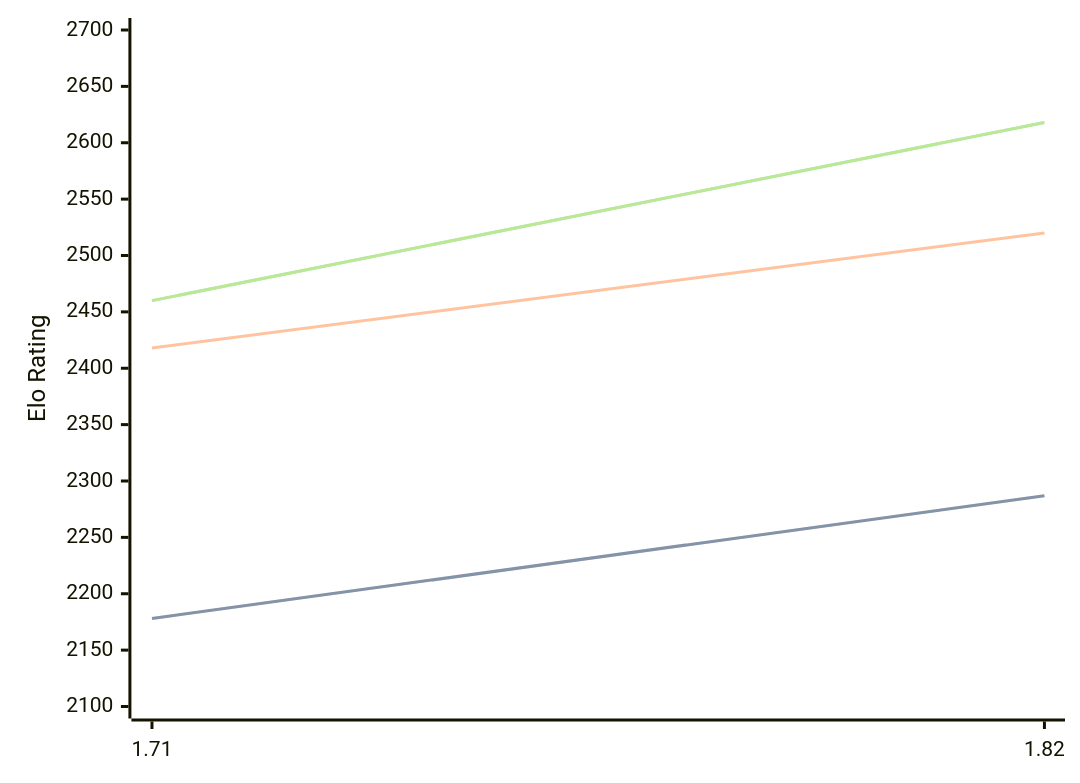
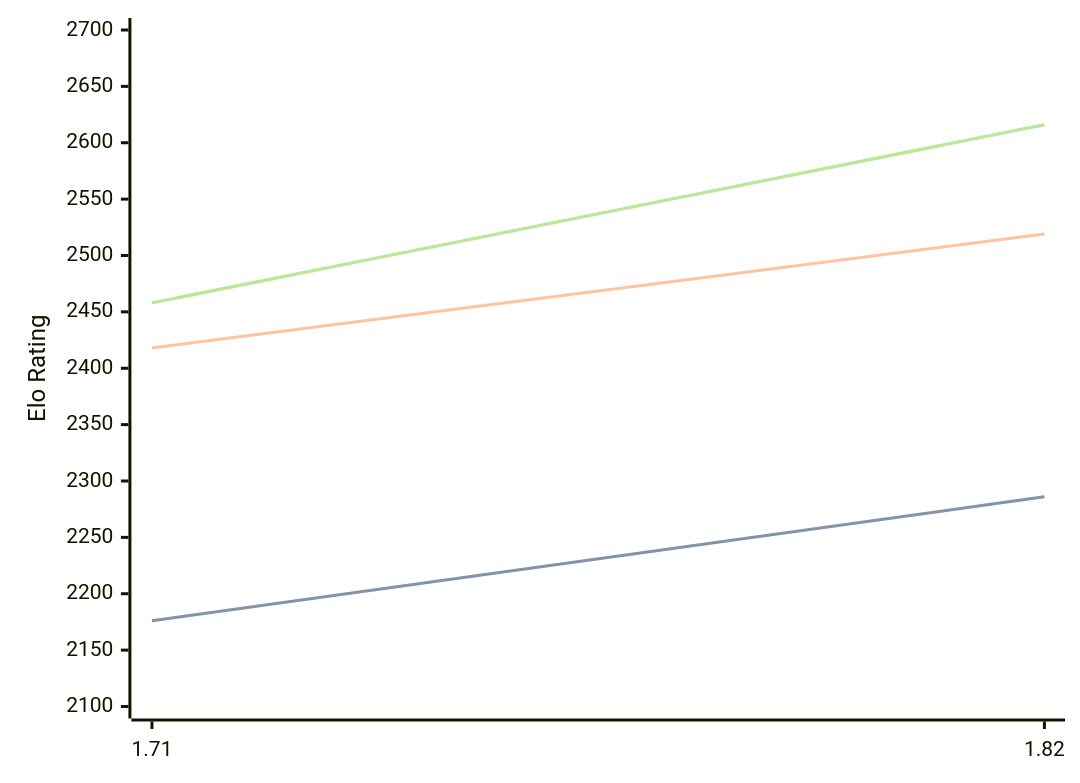
Before and after one commit to computer-chess-index/cci: the diagram in engines/Amira.md, drawn with Mermaid. The commit also changed other lines of this file, not shown here.

Commit message:
Update CCI Ratings (ELO VLTC) - 2026-08-04

````diff
--- a/engines/Amira.md
+++ b/engines/Amira.md
@@ -35,11 +35,11 @@
 ```mermaid
 %%{init: {"theme":"base","themeVariables":{"seriesColors:['#a3a3a3','#222221','#faa371']}}}%%
 xychart-beta
   x-axis ["1.71", "1.82"]
   y-axis "Elo Rating" 2100 --> 2700
-  line "STC (8.0+0.08s)" [2178, 2287]
-  line "STC (8.0+0.08s)" [2178, 2287]
-  line "LTC (60.0+0.60s)" [2418, 2520]
-  line "VLTC (2m24s+1.12s)" [2460, 2618]
-  line "VLTC (2m24s+1.12s)" [2460, 2618]
+  line "STC (8.0+0.08s)" [2176, 2286]
+  line "STC (8.0+0.08s)" [2176, 2286]
+  line "LTC (60.0+0.60s)" [2418, 2519]
+  line "VLTC (2m24s+1.12s)" [2458, 2616]
+  line "VLTC (2m24s+1.12s)" [2458, 2616]
 ```
````
